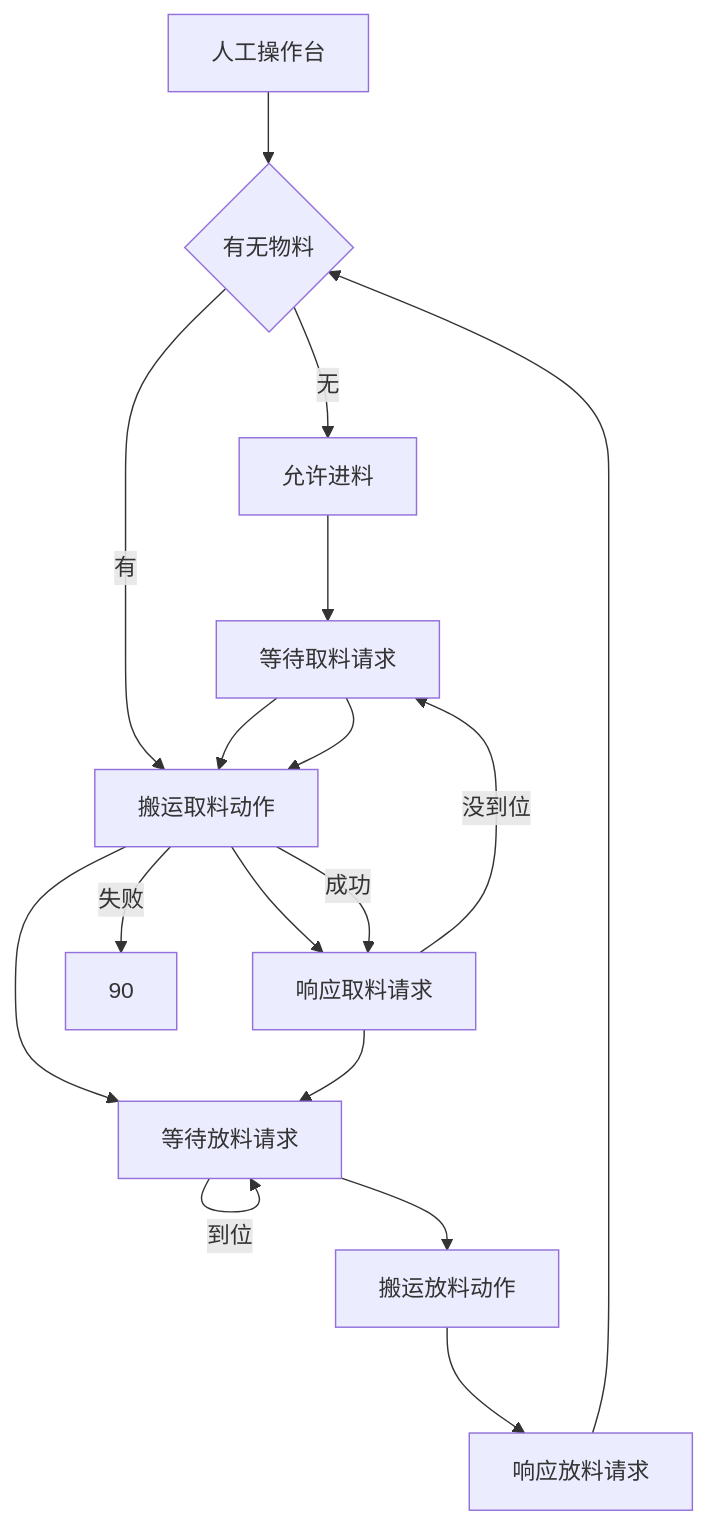
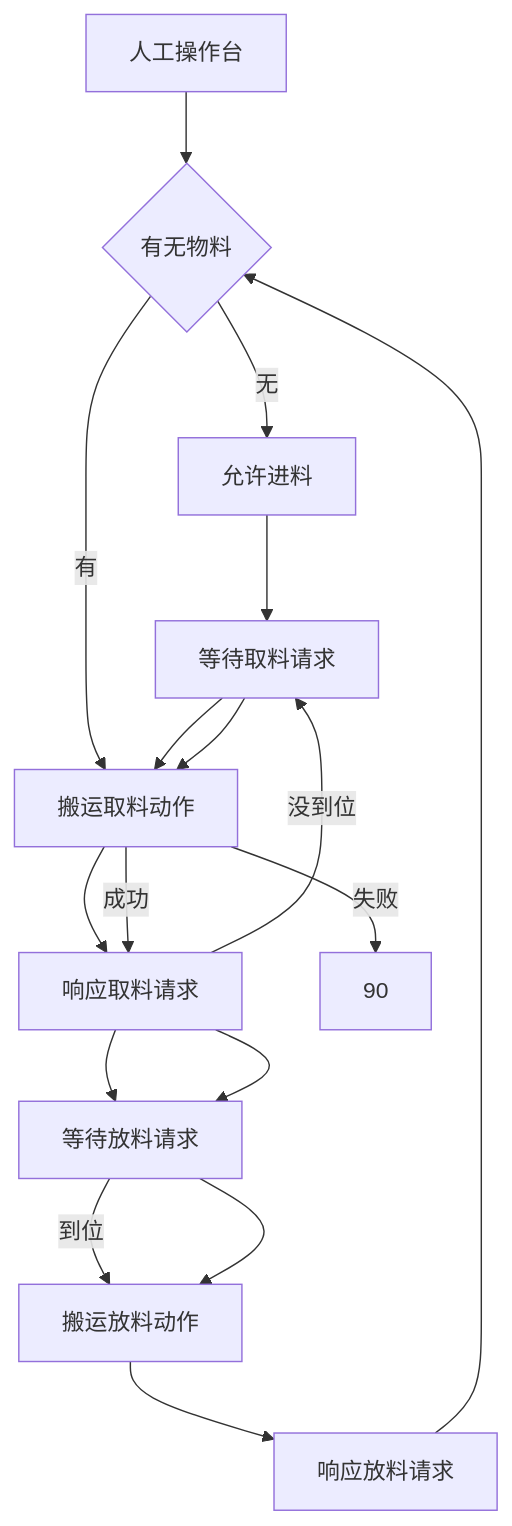
Before and after one commit to PengKun1/iodraw-files: the diagram in all/未命名-4.md, drawn with Mermaid.

Commit message:
2024-12-20 14:47:46 update

````diff
--- a/all/未命名-4.md
+++ b/all/未命名-4.md
@@ -1,19 +1,19 @@
 ```mermaid
 graph TD
 0[人工操作台]-->10
 10{有无物料}-->|无|20
 10-->|有|40
 20[允许进料]-->30
 30[前工位出料中]-->40
 40[电机启动]-->50
-40[电机减速]-->60
-60{是否到位}-->|到位|60
+50[电机减速]-->60
+60{是否到位}-->|到位|70
 50-->|没到位|30
 30[等待取料请求]-->40
 40[搬运取料动作]-->|成功|50
 40-->|失败|90
 50[响应取料请求]-->60
 60[等待放料请求]-->70
 70[搬运放料动作]-->80
 80[响应放料请求]-->10
 ```
````
